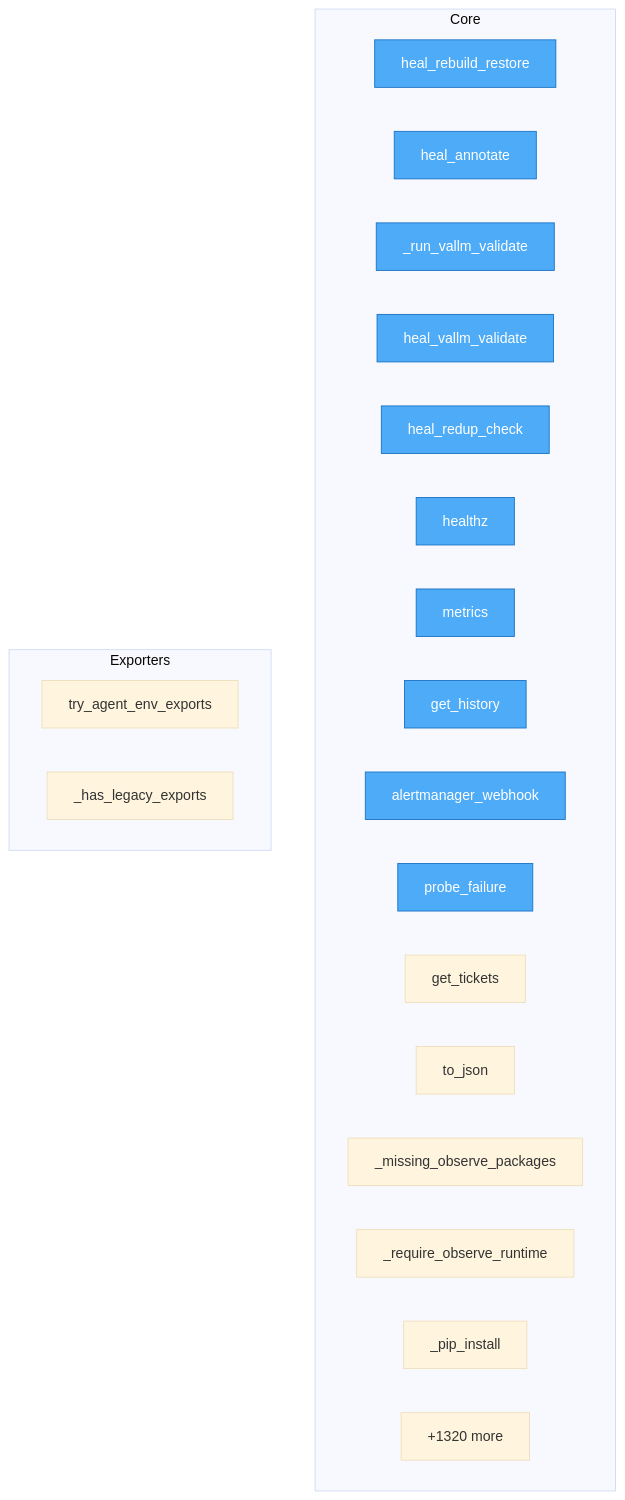
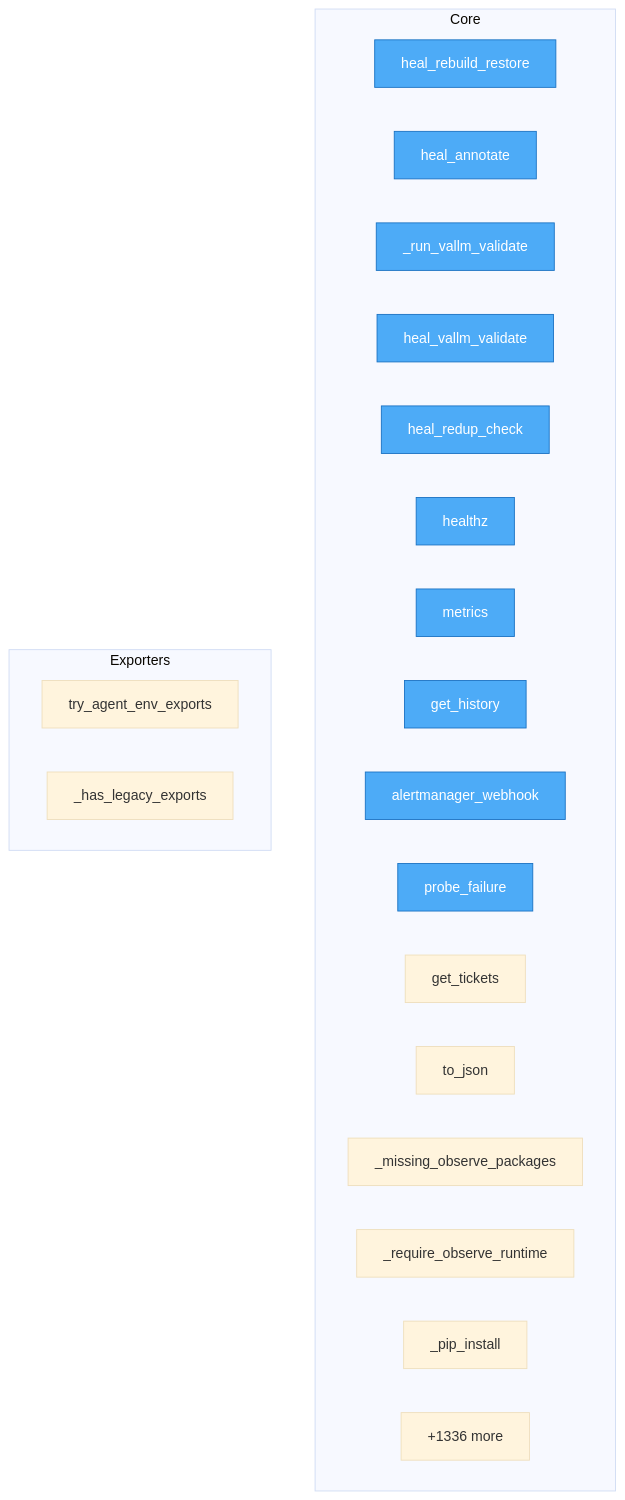
One commit to semcod/koru changed the diagram in project/flow.mmd. Above: the diagram before and after it, drawn with Mermaid (base theme). The commit also changed 86 other files, not shown here.

```diff
--- a/project/flow.mmd
+++ b/project/flow.mmd
@@ -1,31 +1,31 @@
 flowchart TD
-%% generated in 0.13s
+%% generated in 0.10s
 
     %% Entry points (blue)
     classDef entry fill:#4dabf7,stroke:#1971c2,color:#fff
 
     subgraph Core
         services__healing_webhook__app__heal_rebuild_restore["heal_rebuild_restore"]
         services__healing_webhook__app__heal_annotate["heal_annotate"]
         services__healing_webhook__app___run_vallm_validate["_run_vallm_validate"]
         services__healing_webhook__app__heal_vallm_validate["heal_vallm_validate"]
         services__healing_webhook__app__heal_redup_check["heal_redup_check"]
         services__healing_webhook__app__healthz["healthz"]
         services__healing_webhook__app__metrics["metrics"]
         services__healing_webhook__app__get_history["get_history"]
         services__healing_webhook__app__alertmanager_webhook["alertmanager_webhook"]
         services__healing_webhook__app__probe_failure["probe_failure"]
         services__healing_webhook__app__get_tickets["get_tickets"]
         src__koruobserve__lifecycle__ObserveProcesses__to_json["to_json"]
         src__koruobserve__cli___missing_observe_packages["_missing_observe_packages"]
         src__koruobserve__cli___require_observe_runtime["_require_observe_runtime"]
         src__koruobserve__cli___pip_install["_pip_install"]
-        ...["+1320 more"]
+        ...["+1336 more"]
     end
 
     subgraph Exporters
         src__koru__agent_cli_helpers__try_agent_env_exports["try_agent_env_exports"]
         src__koru__cli___has_legacy_exports["_has_legacy_exports"]
     end
 
     class services__healing_webhook__app__heal_rebuild_restore,services__healing_webhook__app__heal_annotate,services__healing_webhook__app___run_vallm_validate,services__healing_webhook__app__heal_vallm_validate,services__healing_webhook__app__heal_redup_check,services__healing_webhook__app__healthz,services__healing_webhook__app__metrics,services__healing_webhook__app__get_history,services__healing_webhook__app__alertmanager_webhook,services__healing_webhook__app__probe_failure entry
```
